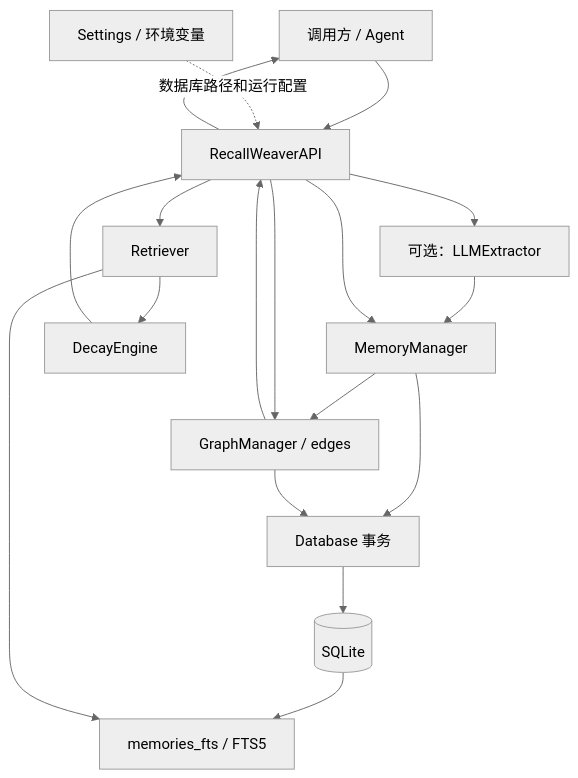
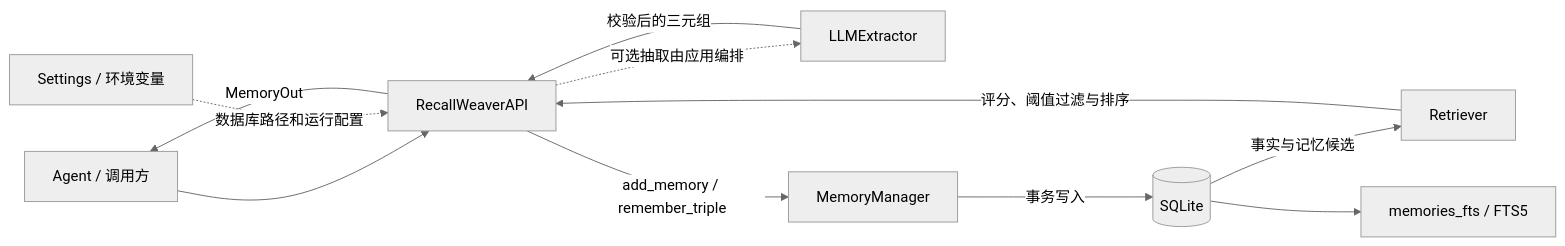
The first of 3 diagrams in docs/architecture.md (gaoweimax/recallweaver), drawn with Mermaid (neutral theme) before and after one commit. The commit also changed other lines of this file and 8 other files, not shown here.

Commit message:
feat: 补齐运维脚本、ADR架构决策记录与Mermaid架构图

````diff
--- a/docs/architecture.md
+++ b/docs/architecture.md
@@ -7,20 +7,13 @@
 ```mermaid
-flowchart TB
-    U[调用方 / Agent] --> API[RecallWeaverAPI]
-    API --> EX[可选：LLMExtractor]
-    EX --> MM[MemoryManager]
-    API --> MM
-    MM --> GRAPH[GraphManager / edges]
-    MM --> DB[Database 事务]
-    GRAPH --> DB
-    DB --> SQLITE[(SQLite)]
-    SQLITE --> FTS[memories_fts / FTS5]
-    API --> RET[Retriever]
-    RET --> FTS
-    RET --> DECAY[DecayEngine]
-    API --> GRAPH
-    GRAPH --> API
-    DECAY --> API
-    API --> U
+flowchart LR
+    USER[Agent / 调用方] --> API[RecallWeaverAPI]
+    API -. 可选抽取由应用编排 .-> EX[LLMExtractor]
+    EX -->|校验后的三元组| API
+    API -->|add_memory / remember_triple| MM[MemoryManager]
+    MM -->|事务写入| DB[(SQLite)]
+    DB -->|事实与记忆候选| RET[Retriever]
+    RET -->|评分、阈值过滤与排序| API
+    API -->|MemoryOut| USER
+    DB --> FTS[memories_fts / FTS5]
     CFG[Settings / 环境变量] -. 数据库路径和运行配置 .-> API
 ```
````
